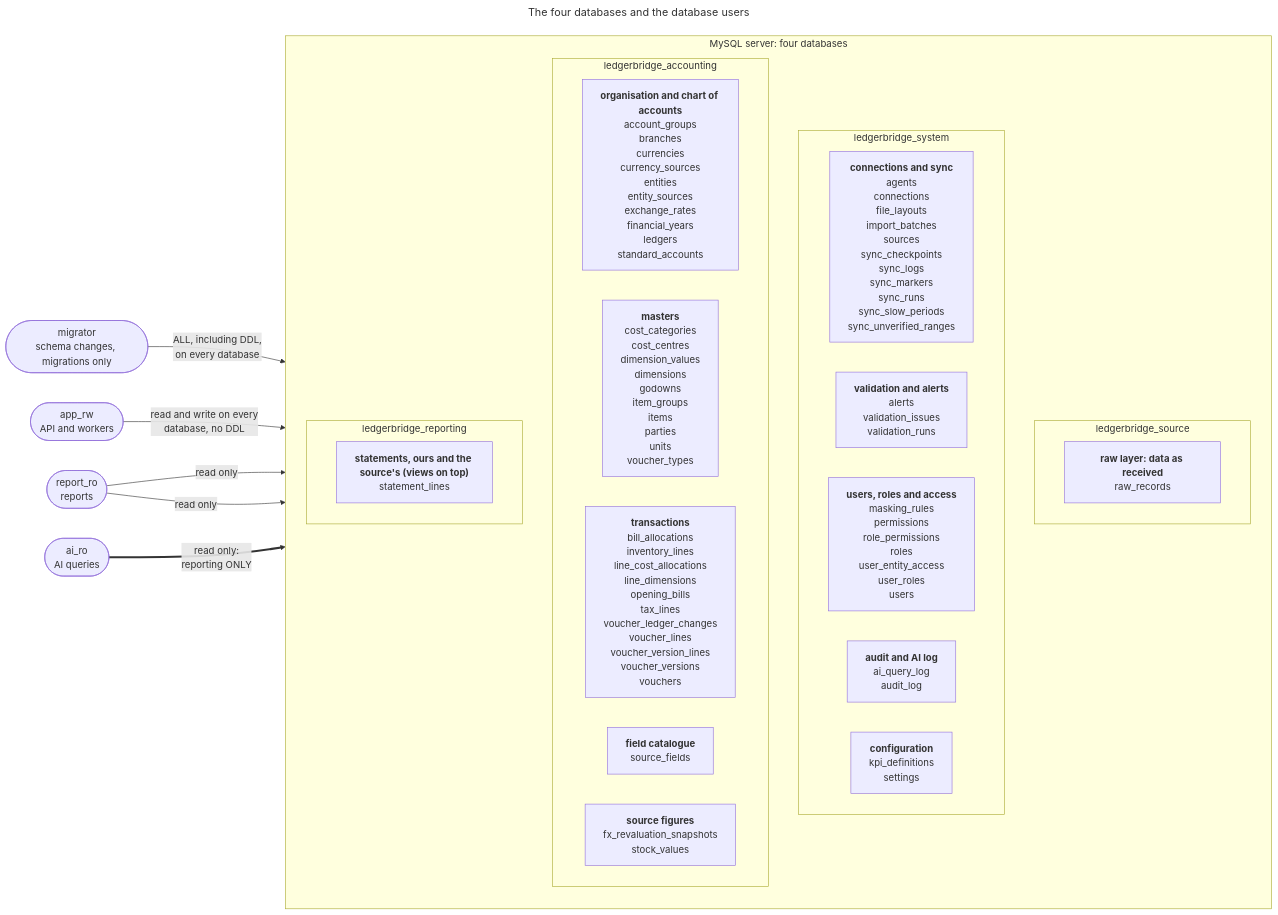
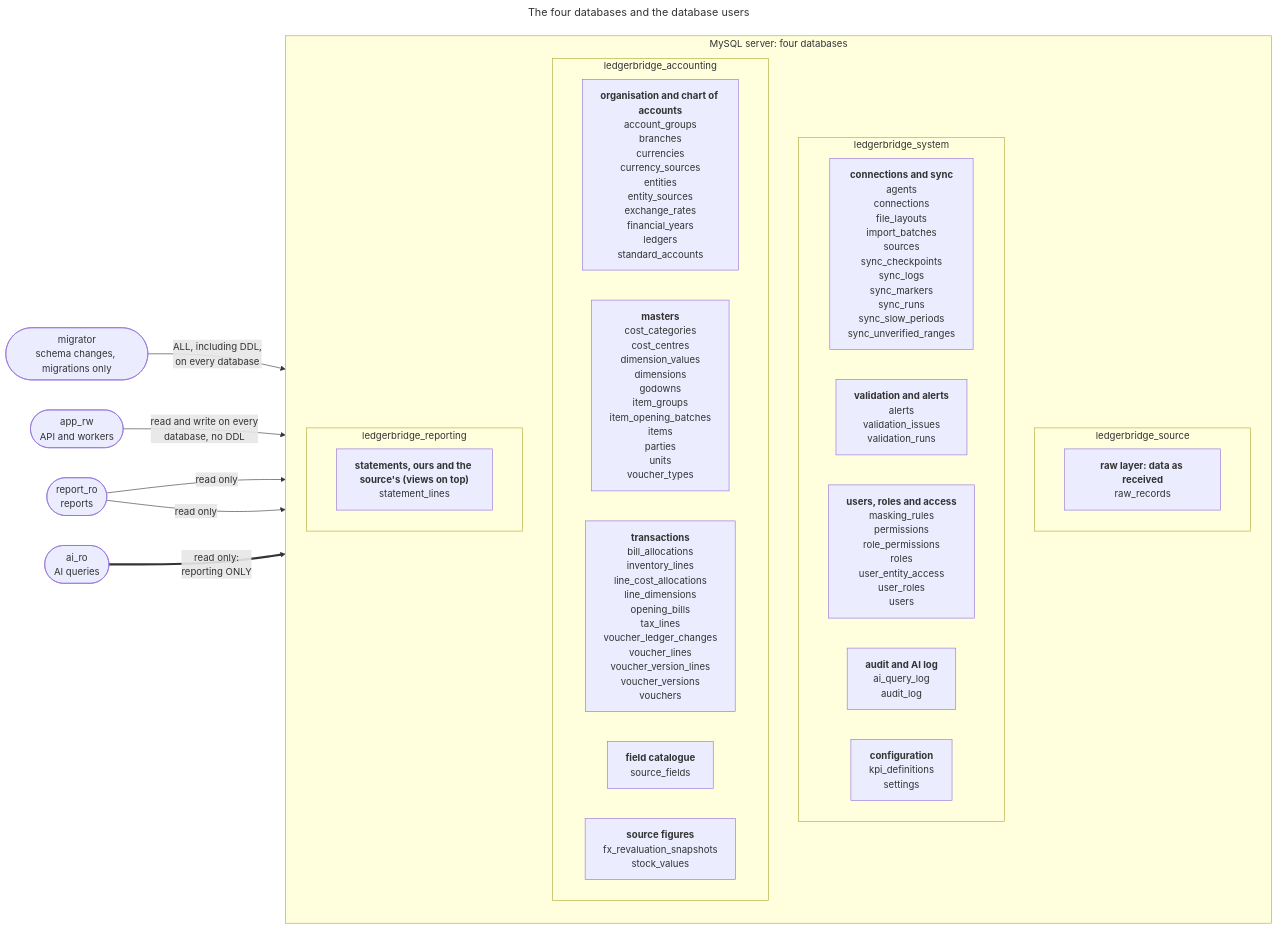
One commit to empirical-logic-2026/ledgerbridge changed the diagram in docs/diagrams/schema-databases.mmd. Above: the diagram before and after it, drawn with Mermaid. The commit also changed 31 other files, not shown here.

```diff
--- a/docs/diagrams/schema-databases.mmd
+++ b/docs/diagrams/schema-databases.mmd
@@ -1,38 +1,38 @@
 ---
 title: "The four databases and the database users"
 ---
 %% Generated by `python -m devtools.diagrams` from core/models: don't edit by hand.
 flowchart LR
     migrator(["migrator<br/>schema changes, migrations only"])
     app_rw(["app_rw<br/>API and workers"])
     report_ro(["report_ro<br/>reports"])
     ai_ro(["ai_ro<br/>AI queries"])
     subgraph mysql["MySQL server: four databases"]
     direction TB
     subgraph ledgerbridge_source["ledgerbridge_source"]
         ledgerbridge_source_1["<b>raw layer: data as received</b><br/>raw_records"]
     end
     subgraph ledgerbridge_system["ledgerbridge_system"]
         ledgerbridge_system_1["<b>connections and sync</b><br/>agents<br/>connections<br/>file_layouts<br/>import_batches<br/>sources<br/>sync_checkpoints<br/>sync_logs<br/>sync_markers<br/>sync_runs<br/>sync_slow_periods<br/>sync_unverified_ranges"]
         ledgerbridge_system_2["<b>validation and alerts</b><br/>alerts<br/>validation_issues<br/>validation_runs"]
         ledgerbridge_system_3["<b>users, roles and access</b><br/>masking_rules<br/>permissions<br/>role_permissions<br/>roles<br/>user_entity_access<br/>user_roles<br/>users"]
         ledgerbridge_system_4["<b>audit and AI log</b><br/>ai_query_log<br/>audit_log"]
         ledgerbridge_system_5["<b>configuration</b><br/>kpi_definitions<br/>settings"]
     end
     subgraph ledgerbridge_accounting["ledgerbridge_accounting"]
         ledgerbridge_accounting_1["<b>organisation and chart of accounts</b><br/>account_groups<br/>branches<br/>currencies<br/>currency_sources<br/>entities<br/>entity_sources<br/>exchange_rates<br/>financial_years<br/>ledgers<br/>standard_accounts"]
-        ledgerbridge_accounting_2["<b>masters</b><br/>cost_categories<br/>cost_centres<br/>dimension_values<br/>dimensions<br/>godowns<br/>item_groups<br/>items<br/>parties<br/>units<br/>voucher_types"]
+        ledgerbridge_accounting_2["<b>masters</b><br/>cost_categories<br/>cost_centres<br/>dimension_values<br/>dimensions<br/>godowns<br/>item_groups<br/>item_opening_batches<br/>items<br/>parties<br/>units<br/>voucher_types"]
         ledgerbridge_accounting_3["<b>transactions</b><br/>bill_allocations<br/>inventory_lines<br/>line_cost_allocations<br/>line_dimensions<br/>opening_bills<br/>tax_lines<br/>voucher_ledger_changes<br/>voucher_lines<br/>voucher_version_lines<br/>voucher_versions<br/>vouchers"]
         ledgerbridge_accounting_4["<b>field catalogue</b><br/>source_fields"]
         ledgerbridge_accounting_5["<b>source figures</b><br/>fx_revaluation_snapshots<br/>stock_values"]
     end
     subgraph ledgerbridge_reporting["ledgerbridge_reporting"]
         ledgerbridge_reporting_1["<b>statements, ours and the source's (views on top)</b><br/>statement_lines"]
     end
     end
     migrator -->|"ALL, including DDL,<br/>on every database"| mysql
     app_rw -->|"read and write on every<br/>database, no DDL"| mysql
     report_ro -->|"read only"| ledgerbridge_accounting
     report_ro -->|"read only"| ledgerbridge_reporting
     ai_ro ==>|"read only:<br/>reporting ONLY"| ledgerbridge_reporting
     classDef planned fill:#f3f4f6,stroke:#9ca3af,stroke-dasharray:5 5,color:#4b5563
```
